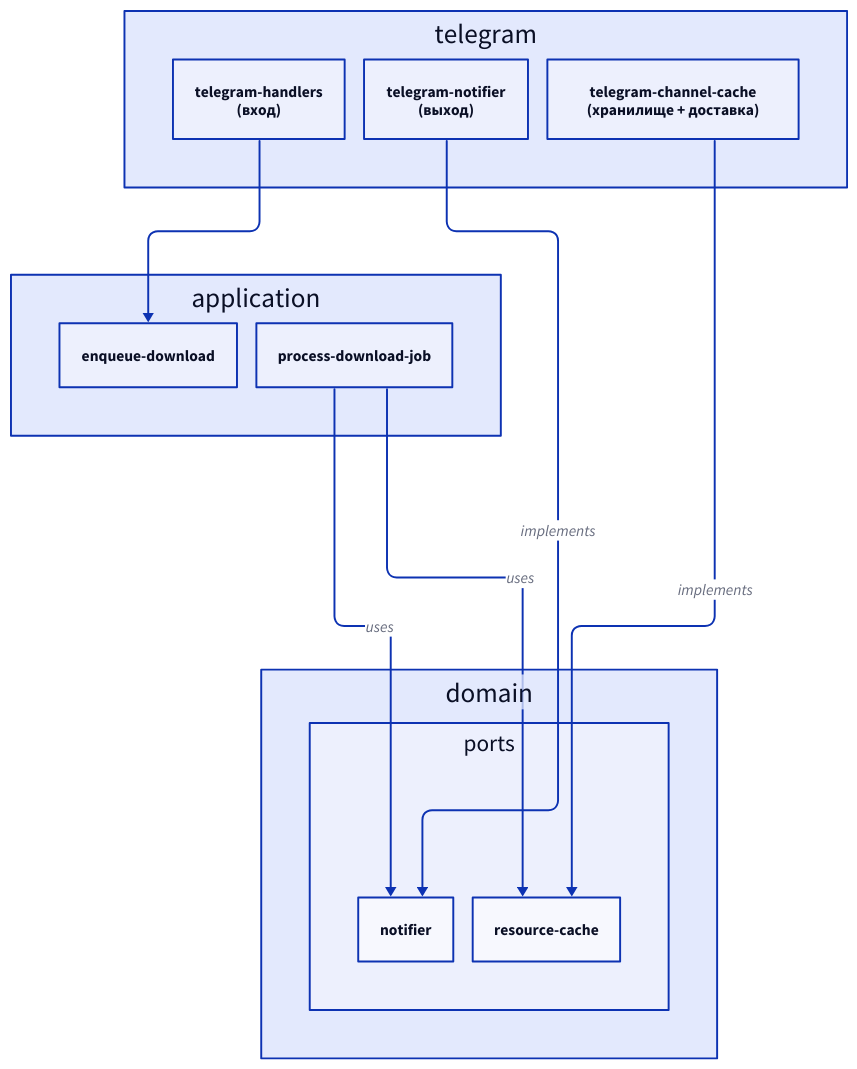
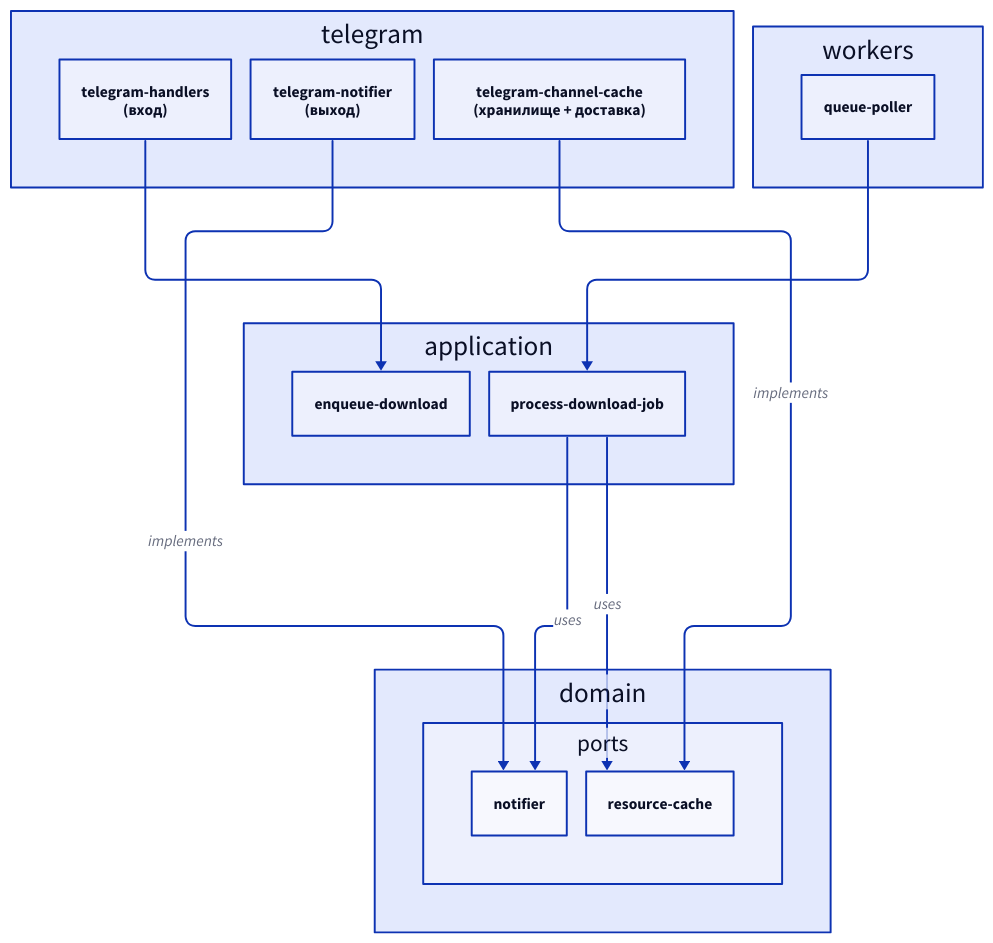
Before and after one commit to iwwwanow/kanalveschaniya: the diagram in docs/diagrams/core_infrastructure_telegram.d2, drawn with D2.

Commit message:
docs(diagrams): add queue-poller to the infrastructure/telegram diagram

```diff
--- a/docs/diagrams/core_infrastructure_telegram.d2
+++ b/docs/diagrams/core_infrastructure_telegram.d2
@@ -1,33 +1,39 @@
 vars: {
   d2-config: {
     layout-engine: elk
   }
 }
 
 direction: down
 
-# Вопрос: где Telegram подключается к приложению? Три шва.
+# Вопрос: как infrastructure подключается к приложению? Telegram — три шва (вход, выход,
+# хранилище + доставка), плюс воркер, который запускает обработку задач (не Telegram).
 # Все стрелки — зависимости в коде и идут сверху вниз (внутрь). Состояние (telegram.db)
 # и обмен с Bot API сюда не входят.
 
 telegram: {
   telegram-handlers: "telegram-handlers\n(вход)"
   telegram-notifier: "telegram-notifier\n(выход)"
   telegram-channel-cache: "telegram-channel-cache\n(хранилище + доставка)"
+}
+
+workers: {
+  queue-poller
 }
 
 application: {
   enqueue-download
   process-download-job
 }
 
 domain.ports: {
   notifier
   resource-cache
 }
 
 telegram.telegram-handlers -> application.enqueue-download
+workers.queue-poller -> application.process-download-job
 telegram.telegram-notifier -> domain.ports.notifier: implements
 telegram.telegram-channel-cache -> domain.ports.resource-cache: implements
 application.process-download-job -> domain.ports.notifier: uses
 application.process-download-job -> domain.ports.resource-cache: uses
```
